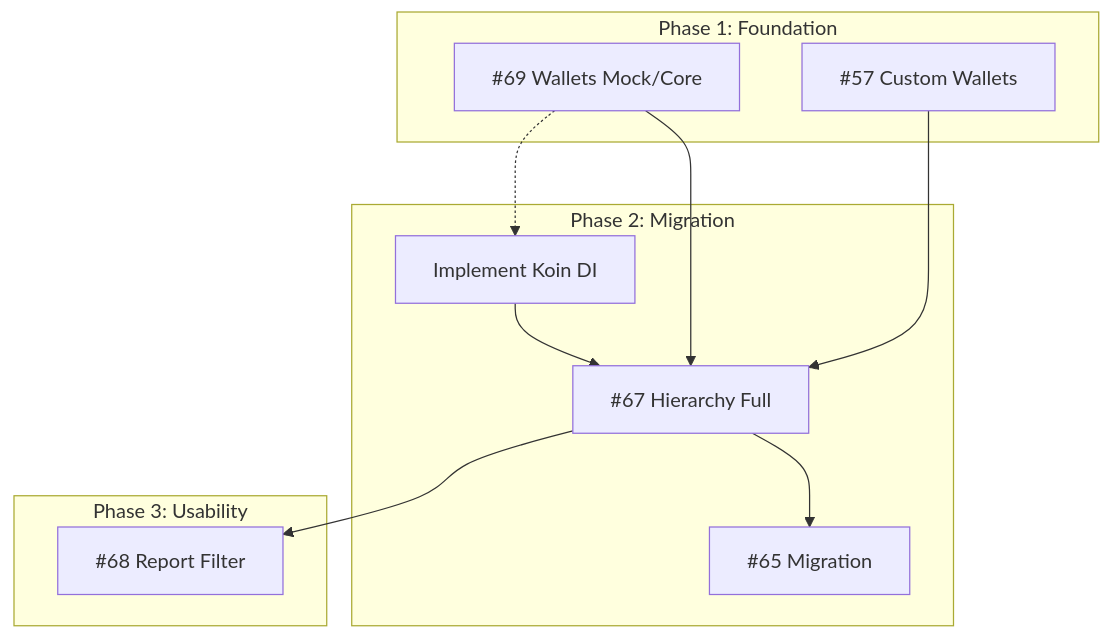
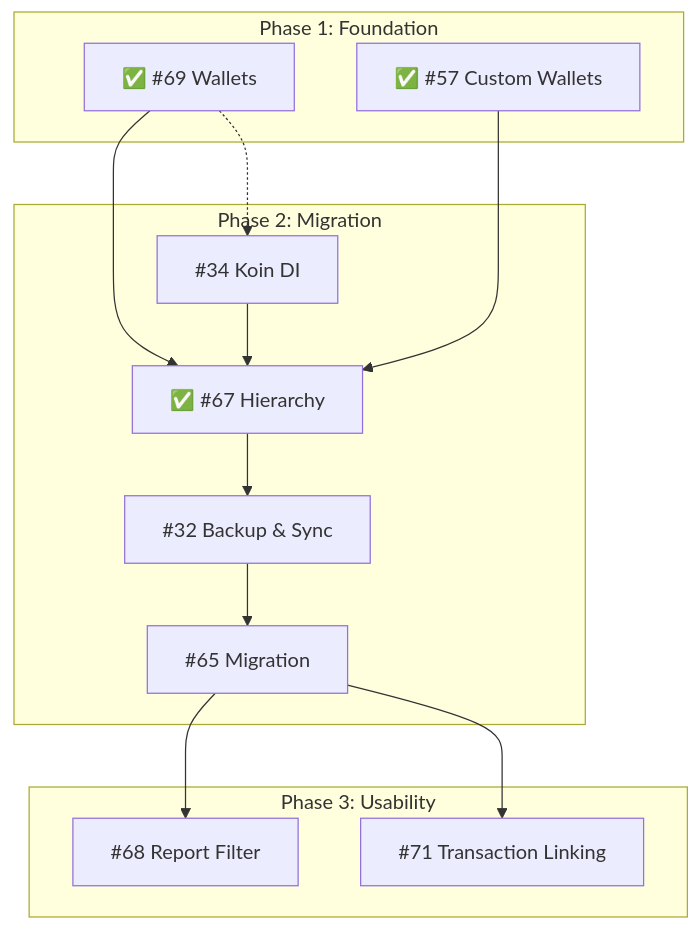
One commit to oatrice/JarWise-Root changed the diagram in docs/ROADMAP.md. Above: the diagram before and after it, drawn with Mermaid. The commit also changed other lines of this file and 1 other file, not shown here.

Commit message:
docs(roadmap): update feature statuses and dependencies
- Updates statuses of multiple features to "Ready" in the ROADMAP
- Adds new feature #32 (Google Login & Cloud Backup) to Phase 2
- Updates dependency graph to reflect new feature relationships
- Renames feature spec file to remove leading number

````diff
--- a/docs/ROADMAP.md
+++ b/docs/ROADMAP.md
@@ -33,24 +39,28 @@
 ```mermaid
 graph TD
     subgraph Phase 1: Foundation
-        I69[#69 Wallets Mock/Core]
-        I57[#57 Custom Wallets]
+        I69[✅ #69 Wallets]
+        I57[✅ #57 Custom Wallets]
     end
 
     subgraph Phase 2: Migration
-        KOIN[Implement Koin DI]
-        I67[#67 Hierarchy Full]
+        KOIN[#34 Koin DI]
+        I32[#32 Backup & Sync]
+        I67[✅ #67 Hierarchy]
         I65[#65 Migration]
     end
 
     subgraph Phase 3: Usability
         I68[#68 Report Filter]
+        I71[#71 Transaction Linking]
     end
 
     I69 --> I67
     I57 --> I67
     I69 -.-> KOIN
     KOIN --> I67
-    I67 --> I65
-    I67 --> I68
+    I67 --> I32
+    I32 --> I65
+    I65 --> I68
+    I65 --> I71
 ```
````
